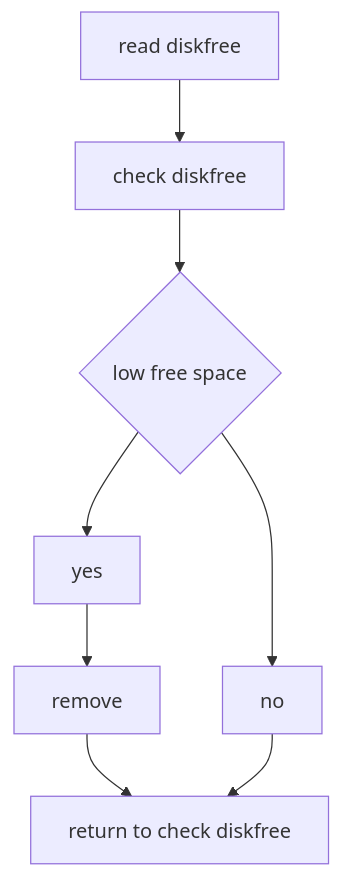
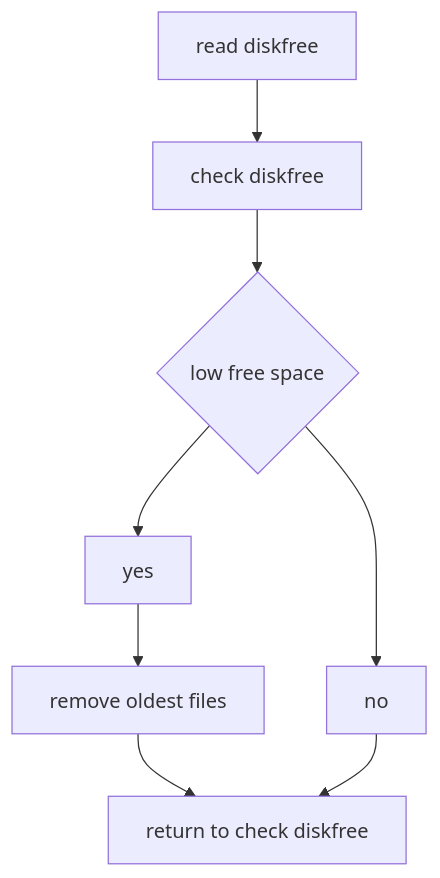
The first of 4 diagrams in README.md (jjbailey/sentinal), drawn with Mermaid before and after one commit. The commit also changed other lines of this file, not shown here.

````diff
--- a/README.md
+++ b/README.md
@@ -115,13 +115,13 @@
 ```mermaid
 flowchart TB
     s1[ read diskfree ]
     s2[ check diskfree ]
     d1{ low free space }
     a1[ yes ]
     a2[ no ]
-    s3[ remove ]
+    s3[ remove oldest files ]
     s9[ return to check diskfree ]
     s1 --> s2 --> d1
     d1 --> a1 --> s3 --> s9
     d1 --> a2 --> s9
 ```
````
